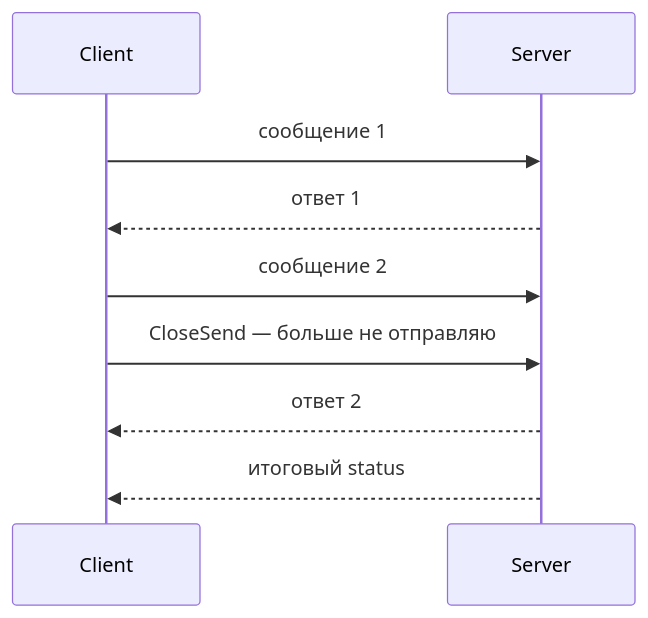
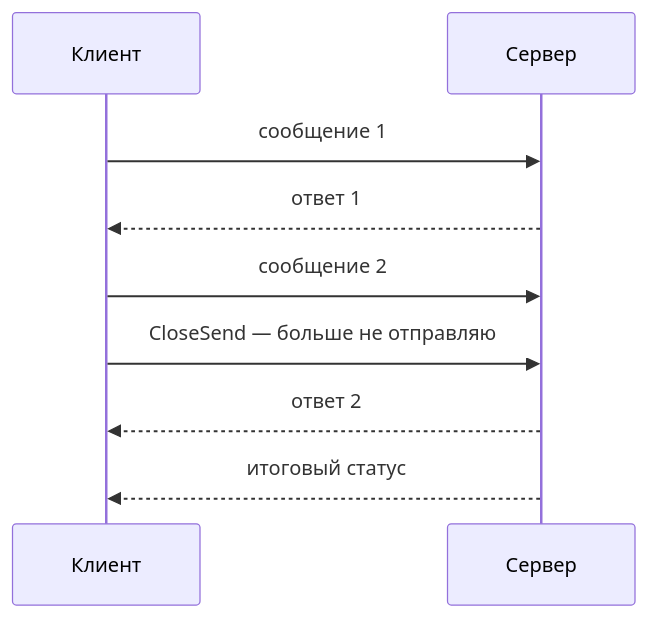
The diagram in docs/go/grpc/streaming.md (leary1337/vault), drawn with Mermaid before and after one commit. The commit also changed other lines of this file and 325 other files, not shown here.

````diff
--- a/docs/go/grpc/streaming.md
+++ b/docs/go/grpc/streaming.md
@@ -29,11 +21,11 @@
 ```mermaid
 sequenceDiagram
-    participant C as Client
-    participant S as Server
+    participant C as Клиент
+    participant S as Сервер
     C->>S: сообщение 1
     S-->>C: ответ 1
     C->>S: сообщение 2
     C->>S: CloseSend — больше не отправляю
     S-->>C: ответ 2
-    S-->>C: итоговый status
+    S-->>C: итоговый статус
 ```
````
